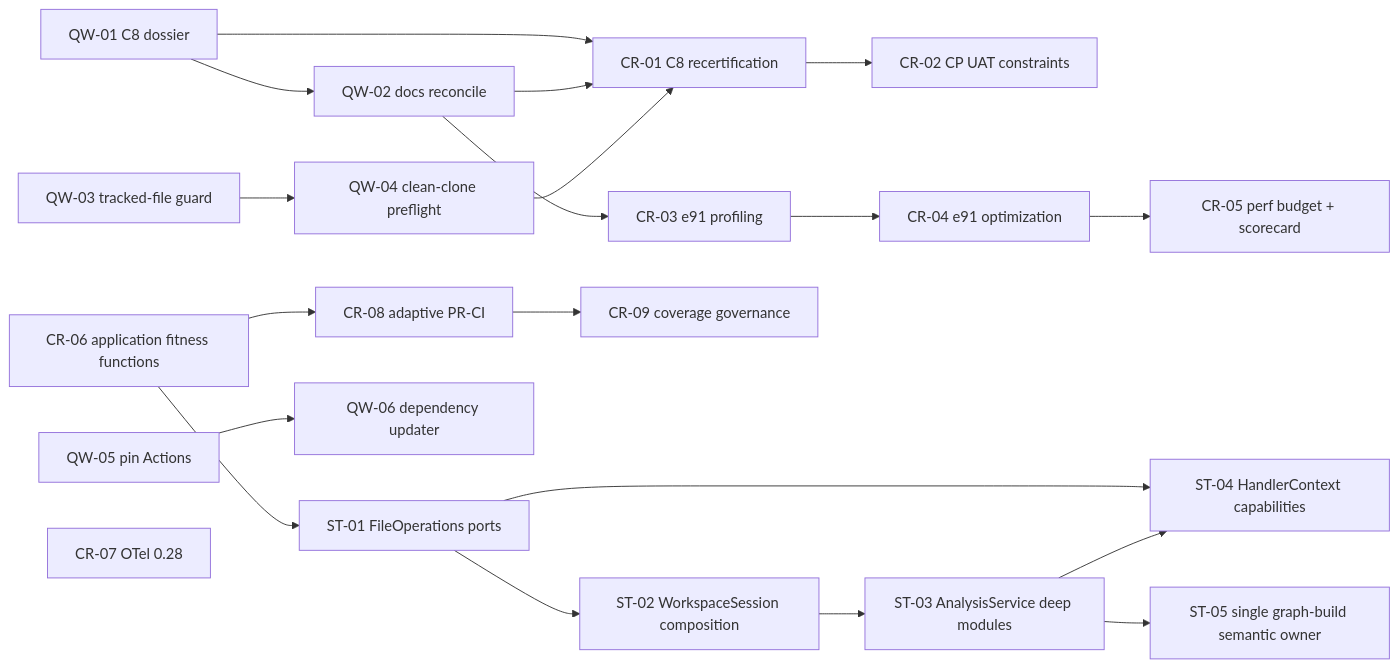
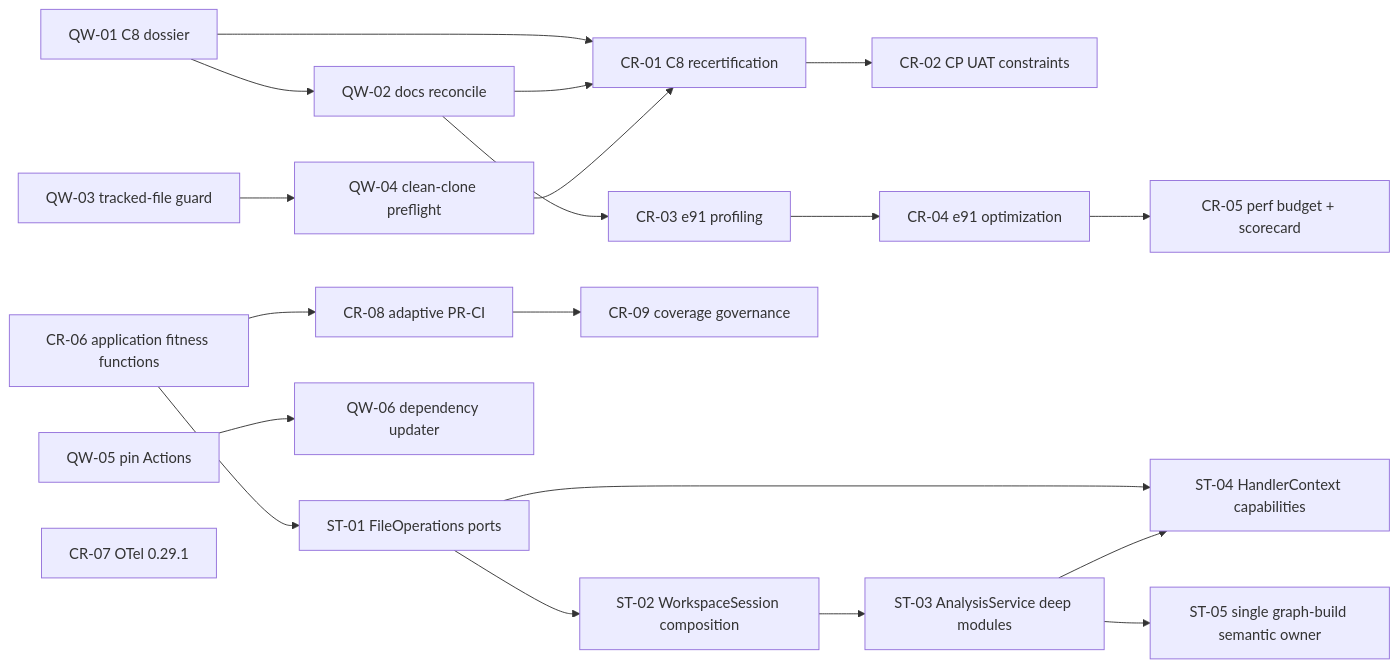
One commit to Rubentxu/CogniCode changed the first of 2 diagrams in docs/roadmap/production-ready/DEPENDENCY-MAP.md. Above: the diagram before and after it, drawn with Mermaid. The commit also changed 14 other files, not shown here.

````diff
--- a/docs/roadmap/production-ready/DEPENDENCY-MAP.md
+++ b/docs/roadmap/production-ready/DEPENDENCY-MAP.md
@@ -5,26 +5,26 @@
 ```mermaid
 flowchart LR
   QW1[QW-01 C8 dossier] --> QW2[QW-02 docs reconcile]
   QW3[QW-03 tracked-file guard] --> QW4[QW-04 clean-clone preflight]
   QW1 --> CR1[CR-01 C8 recertification]
   QW2 --> CR1
   QW4 --> CR1
   CR1 --> CR2[CR-02 CP UAT constraints]
 
   QW2 --> CR3[CR-03 e91 profiling]
   CR3 --> CR4[CR-04 e91 optimization]
   CR4 --> CR5[CR-05 perf budget + scorecard]
 
   CR6[CR-06 application fitness functions] --> CR8[CR-08 adaptive PR-CI]
   CR8 --> CR9[CR-09 coverage governance]
 
   CR6 --> ST1[ST-01 FileOperations ports]
   ST1 --> ST2[ST-02 WorkspaceSession composition]
   ST2 --> ST3[ST-03 AnalysisService deep modules]
   ST1 --> ST4[ST-04 HandlerContext capabilities]
   ST3 --> ST4
   ST3 --> ST5[ST-05 single graph-build semantic owner]
 
   QW5[QW-05 pin Actions] --> QW6[QW-06 dependency updater]
-  CR7[CR-07 OTel 0.28]
+  CR7[CR-07 OTel 0.29.1]
 ```
````
